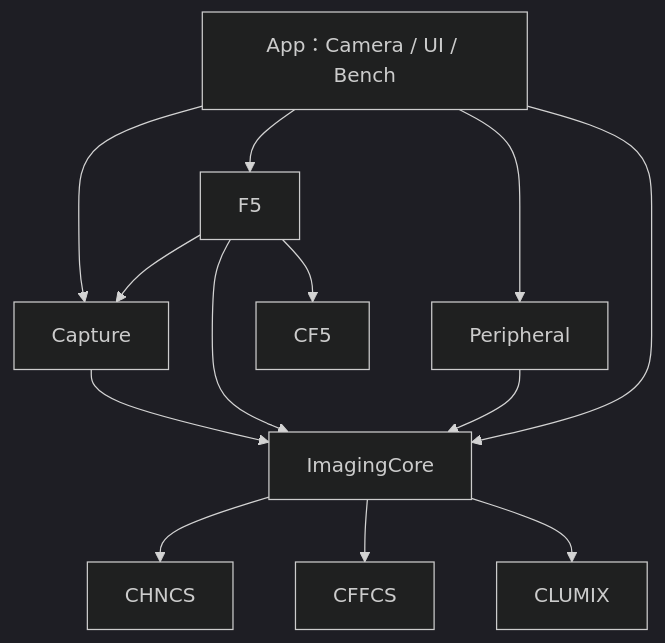
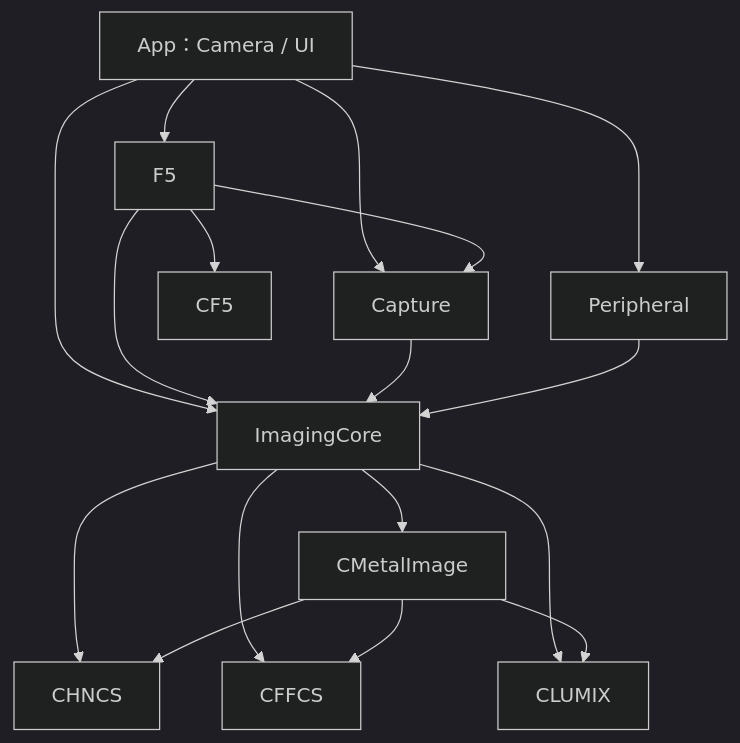
Before and after one commit to VonEquinox/GlassCam: the diagram in docs/architecture.md, drawn with Mermaid (dark theme). The commit also changed other lines of this file and 173 other files, not shown here.

````diff
--- a/docs/architecture.md
+++ b/docs/architecture.md
@@ -11,15 +11,19 @@
 ```mermaid
 flowchart TD
-    App[App：Camera / UI / Bench] --> Capture
+    App[App：Camera / UI] --> Capture
     App --> F5
     App --> Peripheral
     App --> ImagingCore
     F5 --> Capture
     F5 --> ImagingCore
     F5 --> CF5
     Capture --> ImagingCore
     Peripheral --> ImagingCore
     ImagingCore --> CHNCS
     ImagingCore --> CFFCS
     ImagingCore --> CLUMIX
+    ImagingCore --> CMetalImage
+    CMetalImage --> CHNCS
+    CMetalImage --> CFFCS
+    CMetalImage --> CLUMIX
 ```
````
